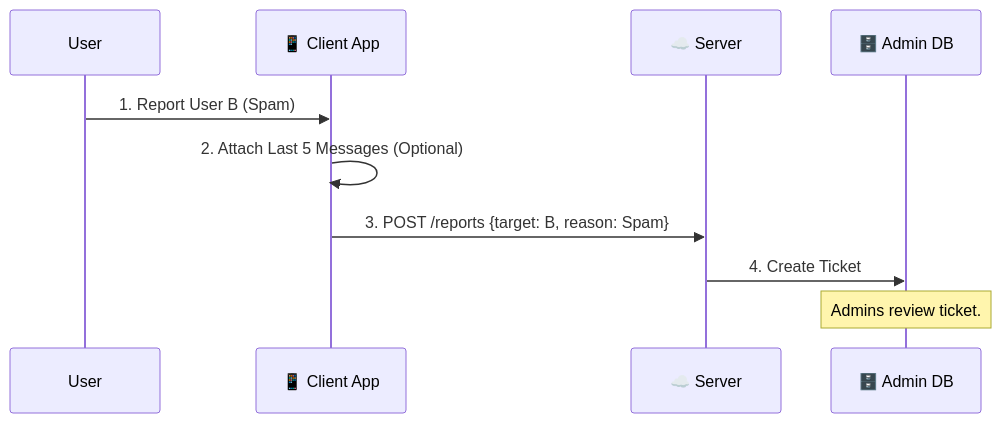
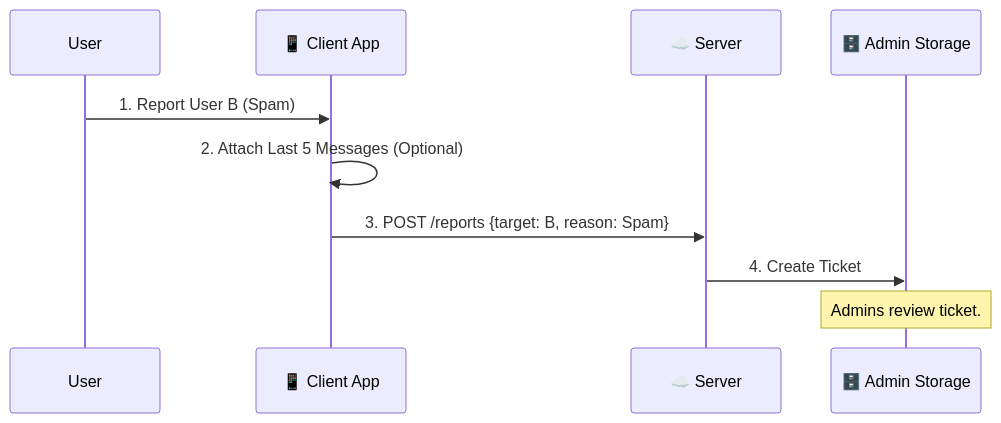
Before and after one commit to sameerctinfotech/temp-share: diagram 12 of 18 in use_case.md, drawn with Mermaid. The commit also changed other lines of this file, not shown here.

````diff
--- a/use_case.md
+++ b/use_case.md
@@ -267,13 +267,13 @@
 ```mermaid
 sequenceDiagram
     participant User
     participant App as 📱 Client App
     participant Server as ☁️ Server
-    participant AdminDB as 🗄️ Admin DB
+    participant AS as 🗄️ Admin Storage
 
     User->>App: 1. Report User B (Spam)
     App->>App: 2. Attach Last 5 Messages (Optional)
     App->>Server: 3. POST /reports {target: B, reason: Spam}
-    Server->>AdminDB: 4. Create Ticket
-    Note over AdminDB: Admins review ticket.
+    Server->>AS: 4. Create Ticket
+    Note over AS: Admins review ticket.
 ```
````
